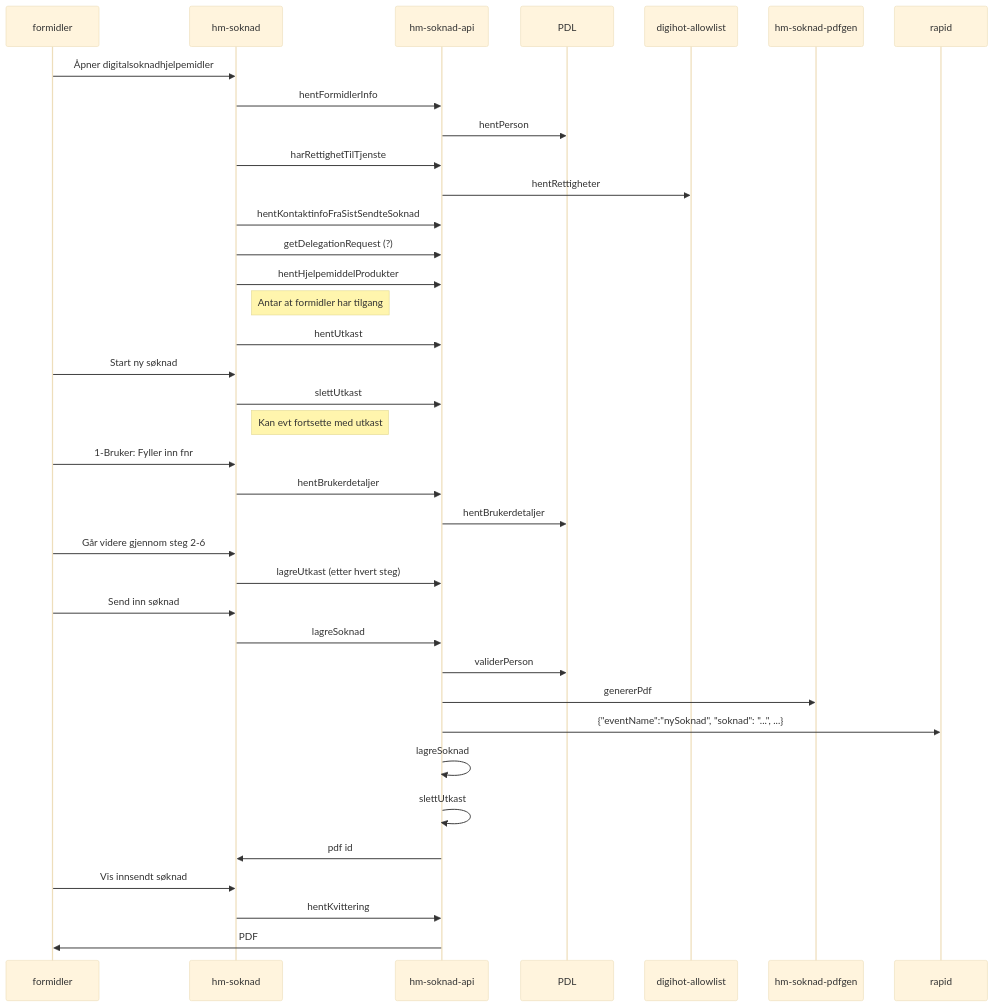
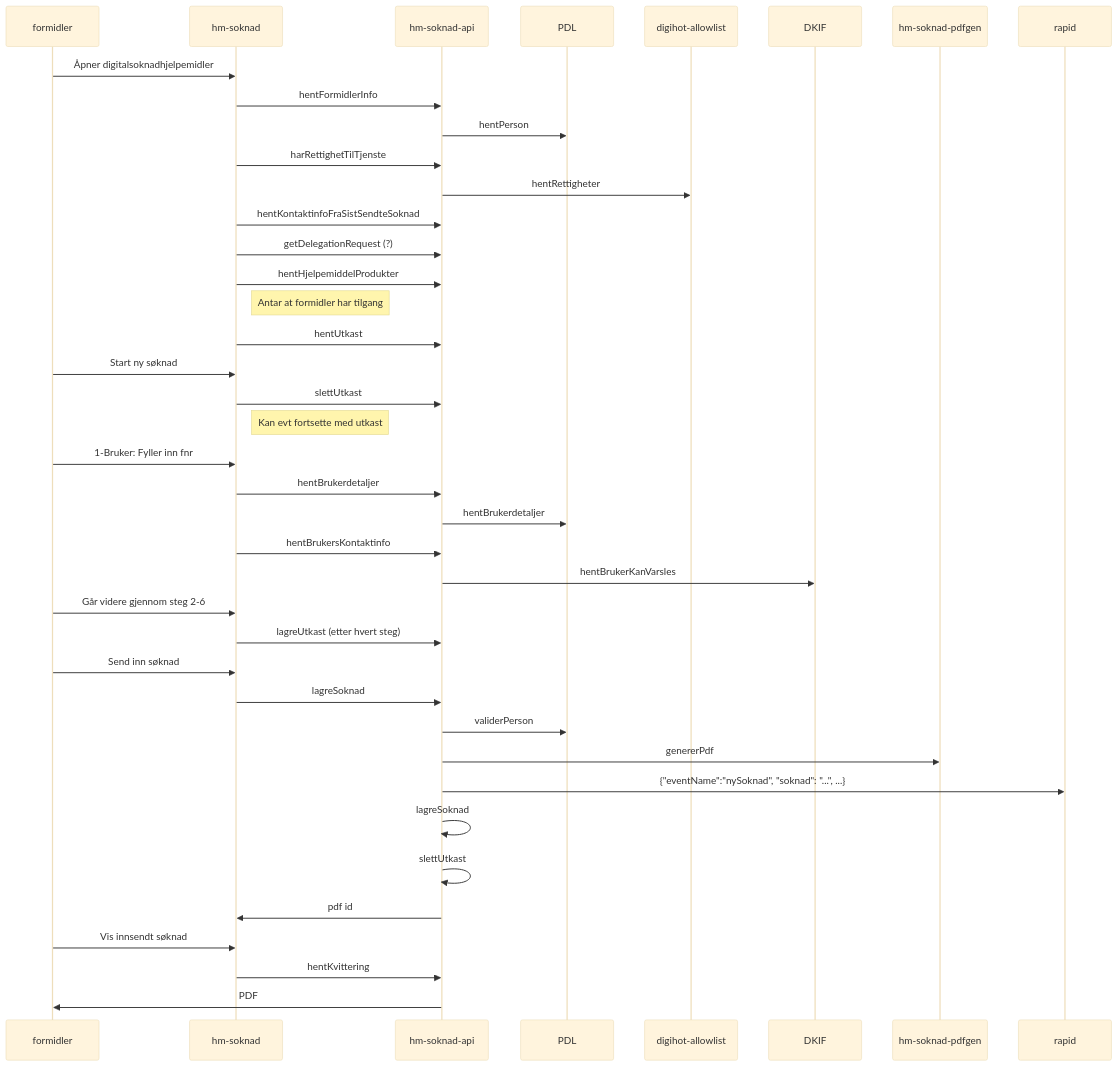
The diagram in mermaid/soknad-innsending.mmd (navikt/digihot-docs), drawn with Mermaid (base theme) before and after one commit.

Commit message:
la til DKIF kall for brukerKanVarsles

```diff
--- a/mermaid/soknad-innsending.mmd
+++ b/mermaid/soknad-innsending.mmd
@@ -1,43 +1,46 @@
 sequenceDiagram
     participant formidler
     participant hms as hm-soknad
     participant hmsapi as hm-soknad-api
     participant pdl as PDL
     participant allowlist as digihot-allowlist
+    participant dkif as DKIF
     participant pdf as hm-soknad-pdfgen
     participant rapid
 
     formidler->>hms: Åpner digitalsoknadhjelpemidler
     hms->>hmsapi: hentFormidlerInfo
     hmsapi->>pdl: hentPerson
     hms->>hmsapi: harRettighetTilTjenste
     hmsapi->>allowlist: hentRettigheter
     hms->>hmsapi: hentKontaktinfoFraSistSendteSoknad
     hms->>hmsapi: getDelegationRequest (?)
     hms->>hmsapi: hentHjelpemiddelProdukter
     Note right of hms: Antar at formidler har tilgang
     hms->>hmsapi: hentUtkast
     
     formidler->>hms: Start ny søknad
     hms->>hmsapi: slettUtkast
     Note right of hms: Kan evt fortsette med utkast
     
     formidler->>hms: 1-Bruker: Fyller inn fnr
     hms->>hmsapi: hentBrukerdetaljer
     hmsapi->>pdl: hentBrukerdetaljer
+    hms->>hmsapi: hentBrukersKontaktinfo
+    hmsapi->>dkif: hentBrukerKanVarsles
 
     formidler->>hms: Går videre gjennom steg 2-6
     hms->>hmsapi: lagreUtkast (etter hvert steg)
 
     formidler->>hms: Send inn søknad
     hms->>hmsapi: lagreSoknad
     hmsapi->>pdl: validerPerson
     hmsapi->>pdf: genererPdf
     hmsapi->>rapid: {"eventName":"nySoknad", "soknad": "...", ...}
     hmsapi->>hmsapi: lagreSoknad
     hmsapi->>hmsapi: slettUtkast
     hmsapi->>hms: pdf id
     
     formidler->>hms: Vis innsendt søknad
     hms->>hmsapi: hentKvittering
     hmsapi->>formidler: PDF
```
